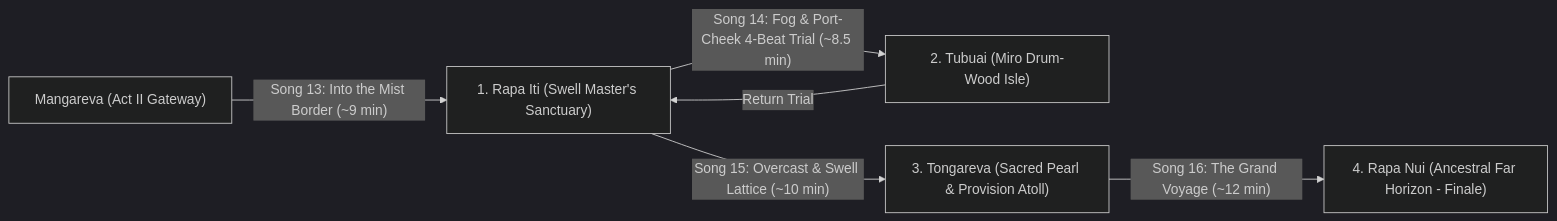
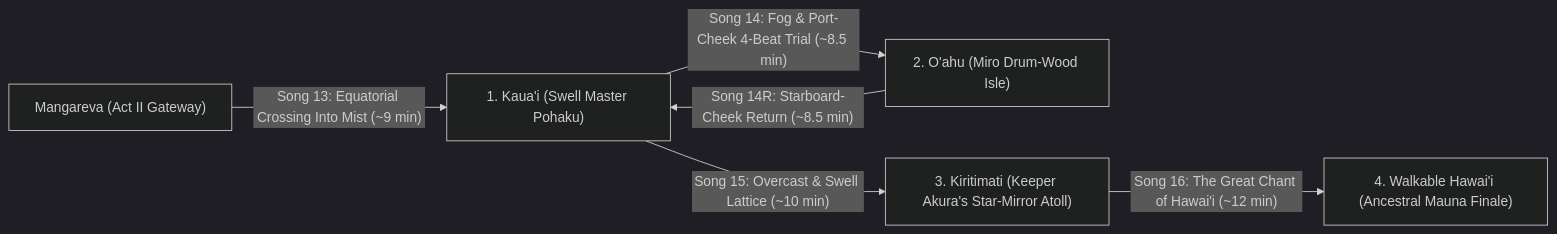
The ninth of 9 diagrams in GAME_DESIGN_DOCUMENT.md (doonch/Kavenga), drawn with Mermaid (dark theme) before and after one commit. The commit also changed other lines of this file, not shown here.

Commit message:
Update Game Design Document with walkable islands, player characters, and Act III Hawai'i arc

````diff
--- a/GAME_DESIGN_DOCUMENT.md
+++ b/GAME_DESIGN_DOCUMENT.md
@@ -552,8 +575,8 @@
 ```mermaid
 flowchart LR
-    M6["Mangareva (Act II Gateway)"] -- "Song 13: Into the Mist Border (~9 min)" --> R1["1. Rapa Iti (Swell Master's Sanctuary)"]
-    R1 -- "Song 14: Fog & Port-Cheek 4-Beat Trial (~8.5 min)" --> R2["2. Tubuai (Miro Drum-Wood Isle)"]
-    R2 -- "Return Trial" --> R1
-    R1 -- "Song 15: Overcast & Swell Lattice (~10 min)" --> R3["3. Tongareva (Sacred Pearl & Provision Atoll)"]
-    R3 -- "Song 16: The Grand Voyage (~12 min)" --> R4["4. Rapa Nui (Ancestral Far Horizon - Finale)"]
+    M6["Mangareva (Act II Gateway)"] -- "Song 13: Equatorial Crossing Into Mist (~9 min)" --> H1["1. Kaua'i (Swell Master Pohaku)"]
+    H1 -- "Song 14: Fog & Port-Cheek 4-Beat Trial (~8.5 min)" --> H2["2. O'ahu (Miro Drum-Wood Isle)"]
+    H2 -- "Song 14R: Starboard-Cheek Return (~8.5 min)" --> H1
+    H1 -- "Song 15: Overcast & Swell Lattice (~10 min)" --> H3["3. Kiritimati (Keeper Akura's Star-Mirror Atoll)"]
+    H3 -- "Song 16: The Great Chant of Hawai'i (~12 min)" --> H4["4. Walkable Hawai'i (Ancestral Mauna Finale)"]
 ```
````
